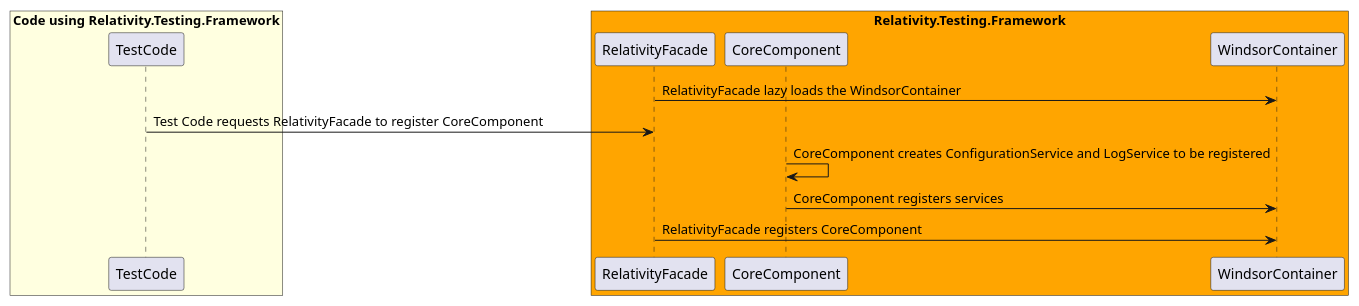
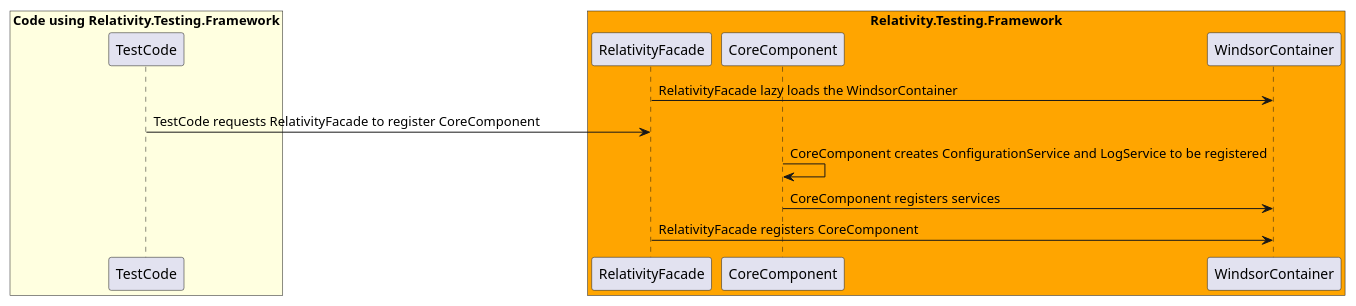
The diagram in docs/dev/SequenceDiagrams/UMLFiles/CoreComponent.iuml (relativitydev/relativity.testing.framework), drawn with PlantUML before and after one commit.

Commit message:
TESTENG-1465: Make spacing consistent

```diff
--- a/docs/dev/SequenceDiagrams/UMLFiles/CoreComponent.iuml
+++ b/docs/dev/SequenceDiagrams/UMLFiles/CoreComponent.iuml
@@ -1,19 +1,19 @@
 @startuml Relativity.Testing.Framework CoreComponent Sequence Diagram
 
 box "Code using Relativity.Testing.Framework" #LightYellow
 participant "TestCode"
 end box
 
 box "Relativity.Testing.Framework" #Orange
 participant "RelativityFacade"
 participant "CoreComponent"
 participant "WindsorContainer"
 end box
 
 "RelativityFacade" -> "WindsorContainer" : RelativityFacade lazy loads the WindsorContainer
-"TestCode" -> "RelativityFacade" : Test Code requests RelativityFacade to register CoreComponent
+"TestCode" -> "RelativityFacade" : TestCode requests RelativityFacade to register CoreComponent
 "CoreComponent" -> "CoreComponent" : CoreComponent creates ConfigurationService and LogService to be registered
 "CoreComponent" -> "WindsorContainer" : CoreComponent registers services
 "RelativityFacade" -> "WindsorContainer" : RelativityFacade registers CoreComponent
 
 @enduml
```
